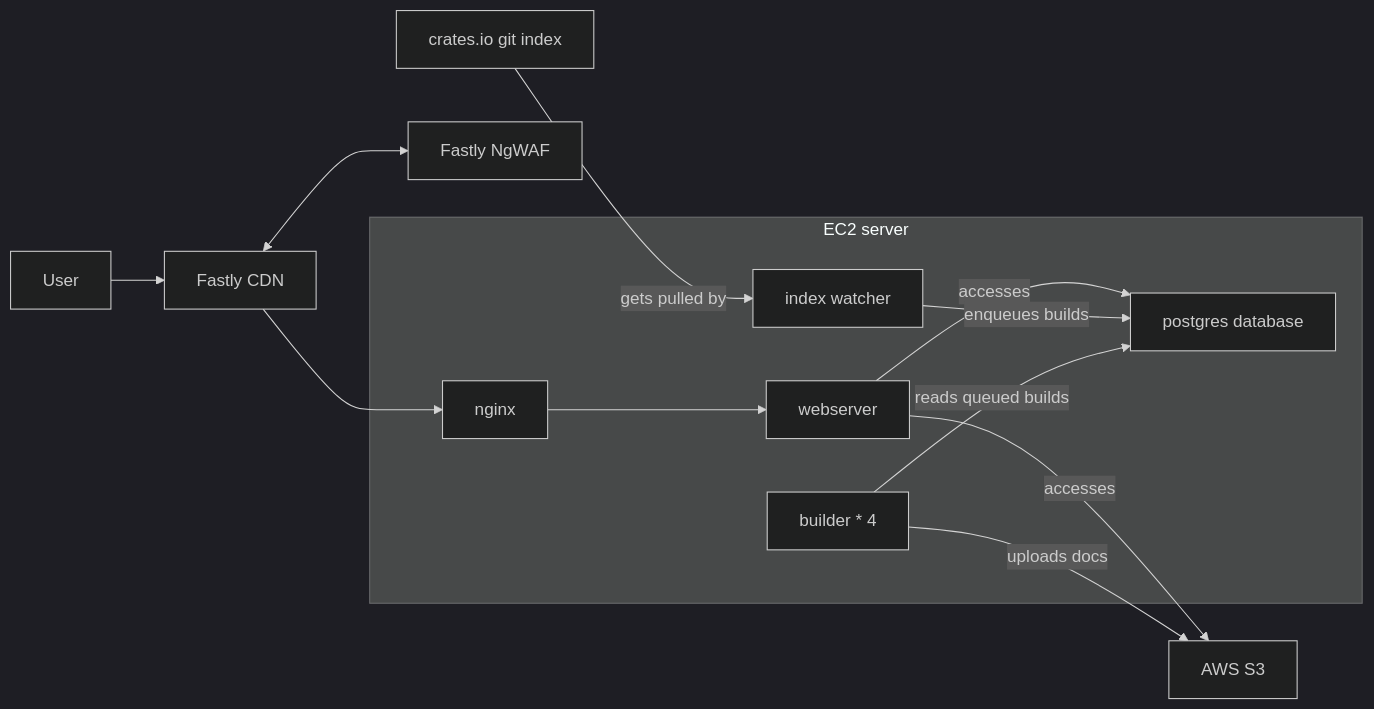
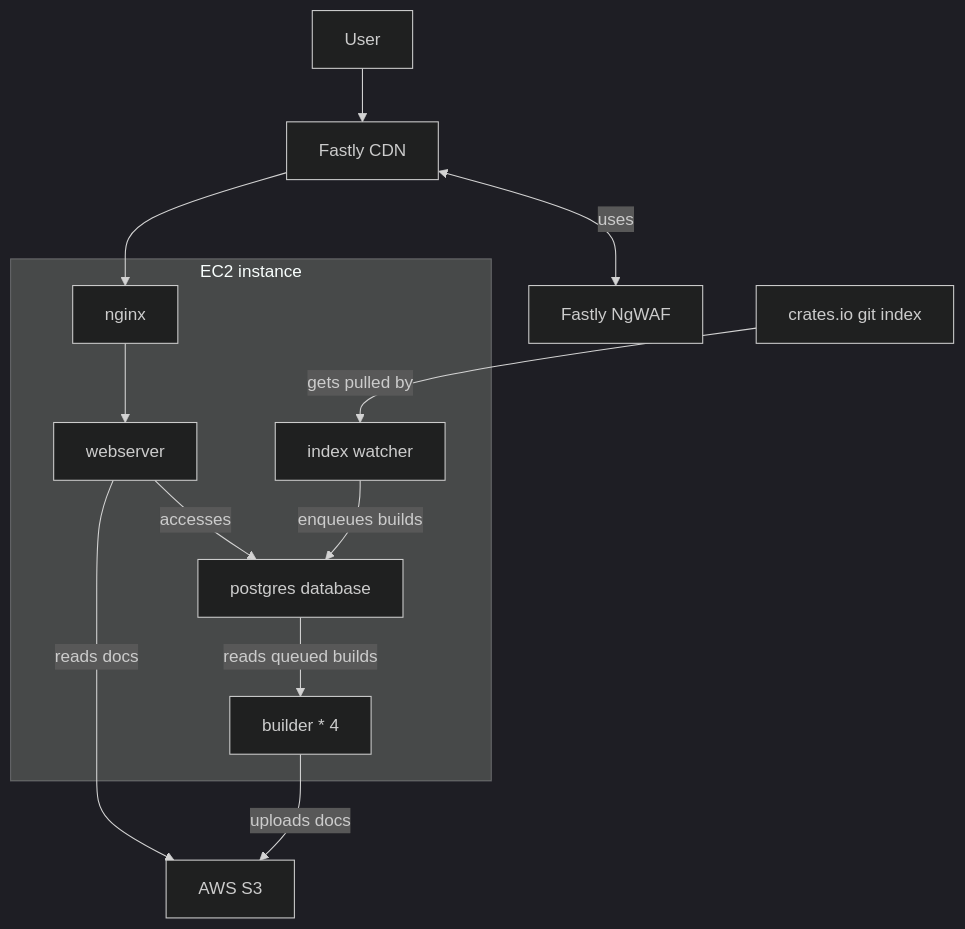
Before and after one commit to rust-lang/docs.rs: the diagram in docs/src/infrastructure/legacy.md, drawn with Mermaid (dark theme).

````diff
--- a/docs/src/infrastructure/legacy.md
+++ b/docs/src/infrastructure/legacy.md
@@ -5,17 +5,17 @@
 ```mermaid
-flowchart LR
+flowchart TD
   user[User] --> fastly[Fastly CDN]
-  fastly <--> ngwaf[Fastly NgWAF]
+  fastly <--> |uses| ngwaf[Fastly NgWAF]
 
-  subgraph ec2[EC2 server]
+  subgraph ec2[EC2 instance]
     nginx[nginx] --> web[webserver] --> |accesses| psql[postgres database]
     watcher[index watcher] --> |enqueues builds| psql
-    builder[builder * 4] --> |reads queued builds| psql
+    psql --> |reads queued builds| builder[builder * 4]
   end
 
   fastly --> nginx
-  web -->|accesses| s3[AWS S3]
+  web -->|reads docs| s3[AWS S3]
   builder --> |uploads docs| s3
 
   index[crates.io git index] --> |gets pulled by| watcher
 ```
````
